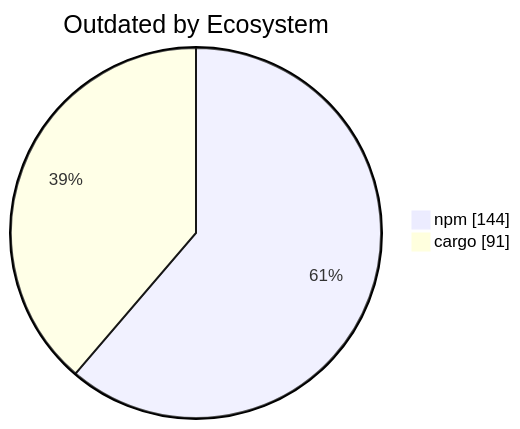
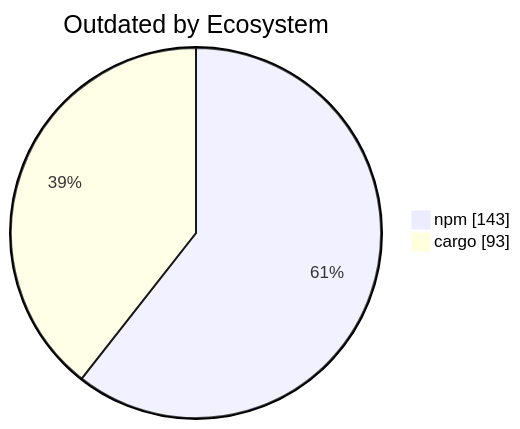
Before and after one commit to KBVE/kbve: the diagram in apps/kbve/astro-kbve/src/content/docs/dashboard/deps.mdx, drawn with Mermaid. The commit also changed other lines of this file and 1 other file, not shown here.

````diff
--- a/apps/kbve/astro-kbve/src/content/docs/dashboard/deps.mdx
+++ b/apps/kbve/astro-kbve/src/content/docs/dashboard/deps.mdx
@@ -109,6 +109,6 @@
 ```mermaid
 pie showData
     title Outdated by Ecosystem
-    "npm" : 144
-    "cargo" : 91
+    "npm" : 143
+    "cargo" : 93
 ```
````
